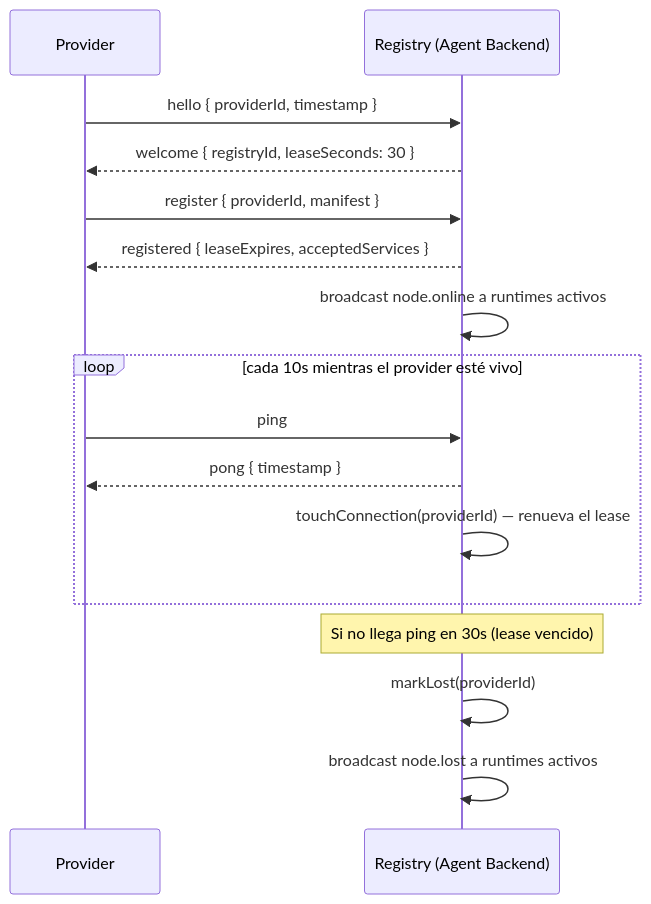
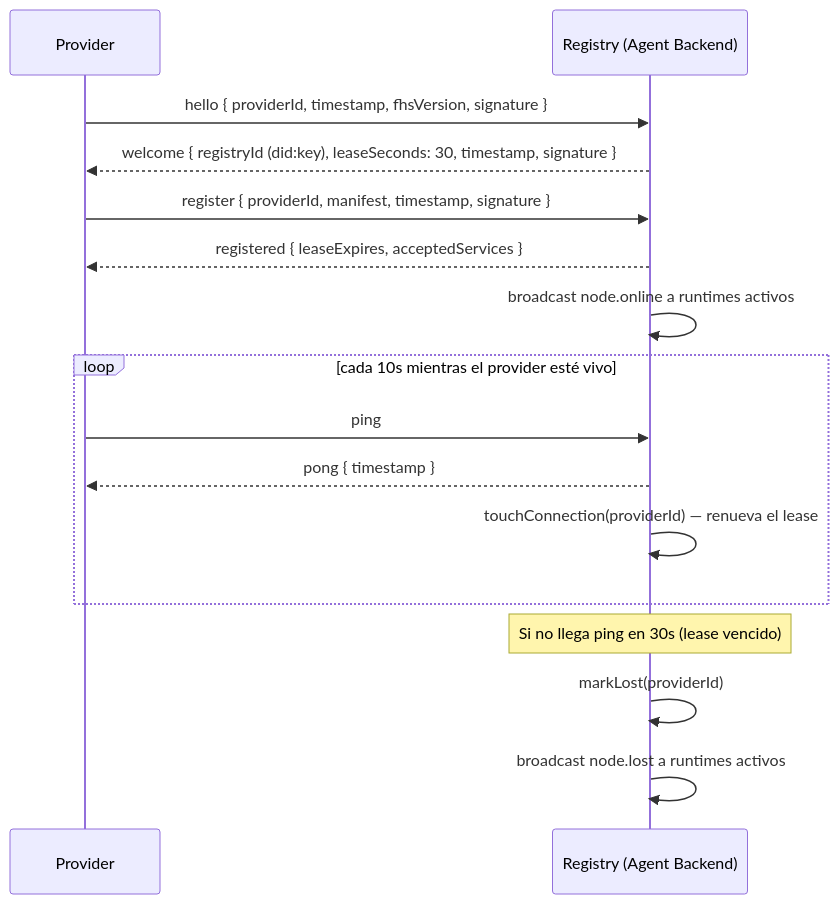
Before and after one commit to rafex/galaxIA: the second of 4 diagrams in docs/protocolo.md, drawn with Mermaid. The commit also changed other lines of this file and 21 other files, not shown here.

````diff
--- a/docs/protocolo.md
+++ b/docs/protocolo.md
@@ -104,21 +104,21 @@
 ```mermaid
 sequenceDiagram
     participant P as Provider
     participant R as Registry (Agent Backend)
 
-    P->>R: hello { providerId, timestamp }
-    R-->>P: welcome { registryId, leaseSeconds: 30 }
-    P->>R: register { providerId, manifest }
+    P->>R: hello { providerId, timestamp, fhsVersion, signature }
+    R-->>P: welcome { registryId (did:key), leaseSeconds: 30, timestamp, signature }
+    P->>R: register { providerId, manifest, timestamp, signature }
     R-->>P: registered { leaseExpires, acceptedServices }
     R->>R: broadcast node.online a runtimes activos
 
     loop cada 10s mientras el provider esté vivo
         P->>R: ping
         R-->>P: pong { timestamp }
         R->>R: touchConnection(providerId) — renueva el lease
     end
 
     Note over R: Si no llega ping en 30s (lease vencido)
     R->>R: markLost(providerId)
     R->>R: broadcast node.lost a runtimes activos
 ```
````
